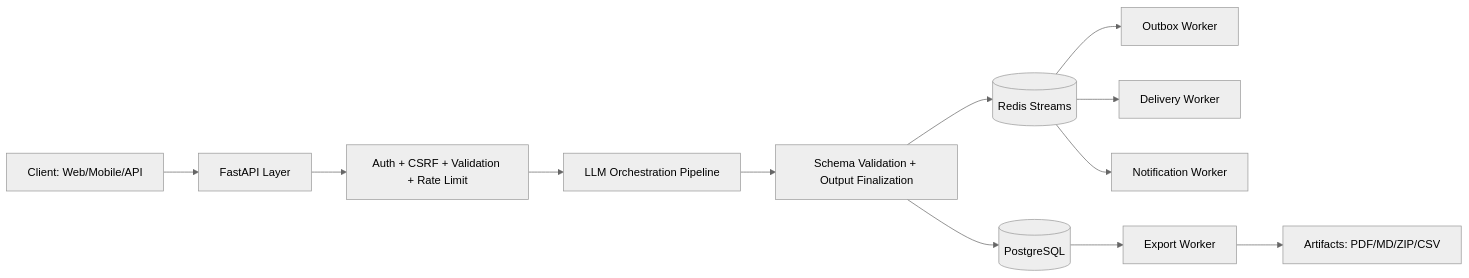
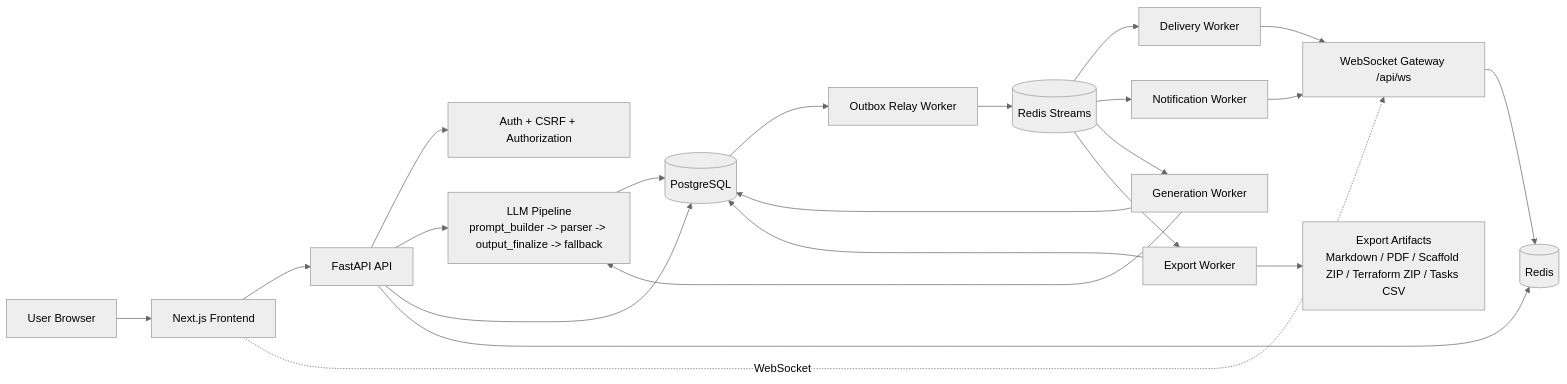
One commit to ardamoustafa1/SystemForge-AI changed the diagram in README.en.md. Above: the diagram before and after it, drawn with Mermaid (neutral theme). The commit also changed 1 other file, not shown here.

Commit message:
docs: align architecture diagrams with actual system topology
Update Turkish and English README architecture sections to reflect the real SystemForge service flow across frontend, API, websocket gateway, Redis streams, workers, and export pipeline.

Made-with: Cursor

````diff
--- a/README.en.md
+++ b/README.en.md
@@ -24,14 +24,29 @@
 ```mermaid
 flowchart LR
-    A[Client: Web/Mobile/API] --> B[FastAPI Layer]
-    B --> C[Auth + CSRF + Validation + Rate Limit]
-    C --> D[LLM Orchestration Pipeline]
-    D --> E[Schema Validation + Output Finalization]
-    E --> F[(PostgreSQL)]
-    E --> G[(Redis Streams)]
-    G --> H[Outbox Worker]
-    G --> I[Delivery Worker]
-    G --> J[Notification Worker]
-    F --> K[Export Worker]
-    K --> L[Artifacts: PDF/MD/ZIP/CSV]
+    U[User Browser] --> F[Next.js Frontend]
+    F --> A[FastAPI API]
+    F -. WebSocket .-> WS[WebSocket Gateway /api/ws]
+
+    A --> AUTH[Auth + CSRF + Authorization]
+    A --> LLM[LLM Pipeline<br/>prompt_builder -> parser -> output_finalize -> fallback]
+    A --> DB[(PostgreSQL)]
+    A --> R[(Redis)]
+
+    LLM --> DB
+    WS --> R
+
+    DB --> OX[Outbox Relay Worker]
+    OX --> RS[(Redis Streams)]
+    RS --> DW[Delivery Worker]
+    RS --> NW[Notification Worker]
+    RS --> GW[Generation Worker]
+    RS --> EW[Export Worker]
+
+    GW --> LLM
+    GW --> DB
+    EW --> DB
+    EW --> X[Export Artifacts<br/>Markdown / PDF / Scaffold ZIP / Terraform ZIP / Tasks CSV]
+
+    DW --> WS
+    NW --> WS
 ```
````
